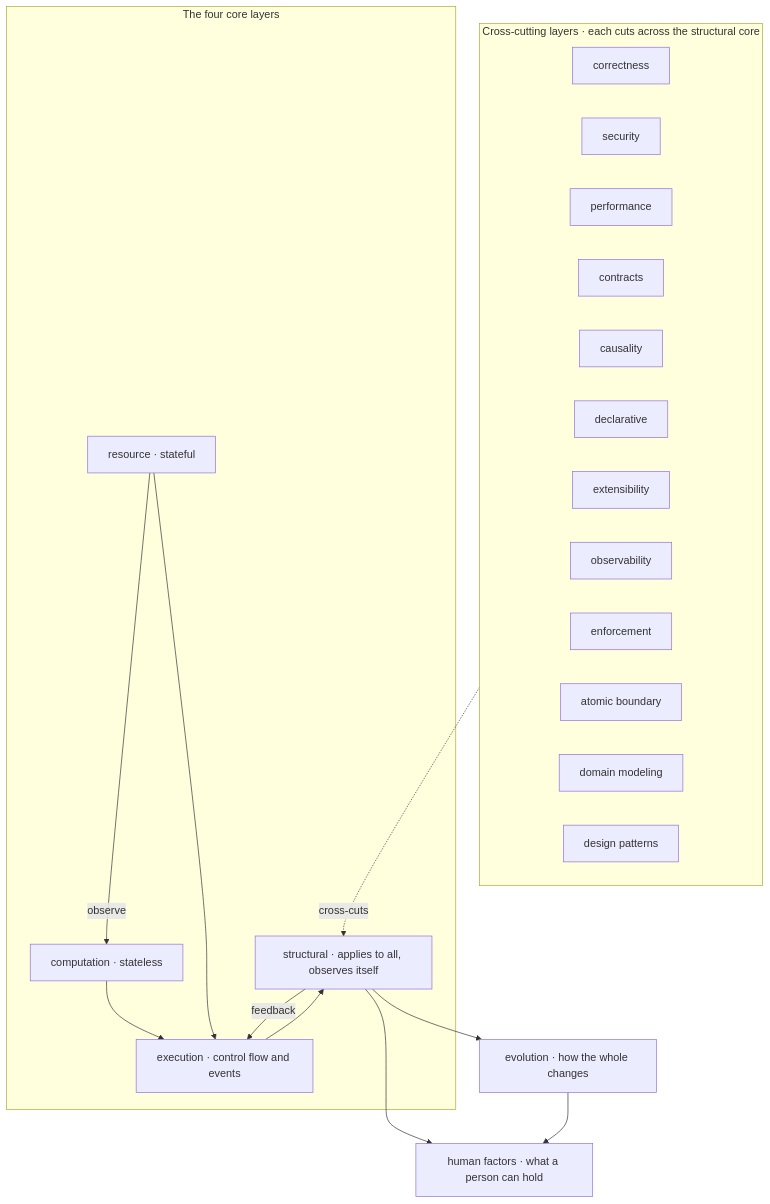
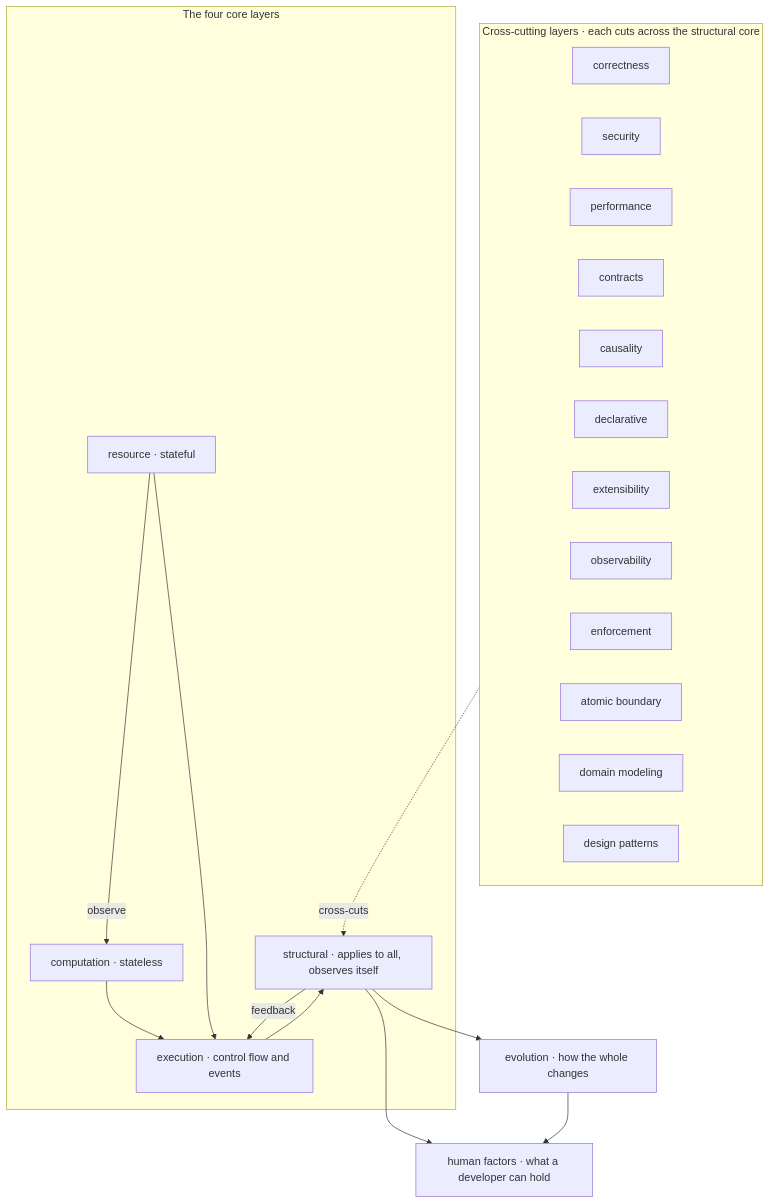
One commit to Varietyz/Disciplined-AI-Software-Development changed the fifth of 13 diagrams in architecture/PRINCIPLES.md. Above: the diagram before and after it, drawn with Mermaid. The commit also changed other lines of this file and 25 other files, not shown here.

````diff
--- a/architecture/PRINCIPLES.md
+++ b/architecture/PRINCIPLES.md
@@ -321,34 +313,34 @@
 ```mermaid
 flowchart TB
 subgraph core["The four core layers"]
 computation["computation · stateless"]
 resource["resource · stateful"]
 execution["execution · control flow and events"]
 structural["structural · applies to all, observes itself"]
 end
-human["human factors · what a person can hold"]
+human["human factors · what a developer can hold"]
 evolution["evolution · how the whole changes"]
 subgraph crosscut["Cross-cutting layers · each cuts across the structural core"]
 correctness["correctness"]
 security["security"]
 performance["performance"]
 contracts["contracts"]
 causality["causality"]
 declarative["declarative"]
 extensibility["extensibility"]
 observability["observability"]
 enforcement["enforcement"]
 atomic["atomic boundary"]
 domain["domain modeling"]
 patterns["design patterns"]
 end
 resource -- observe --> computation
 computation --> execution
 resource --> execution
 execution --> structural
 structural -- feedback --> execution
 structural --> human
 structural --> evolution
 evolution --> human
 crosscut -. cross-cuts .-> structural
 ```
````
